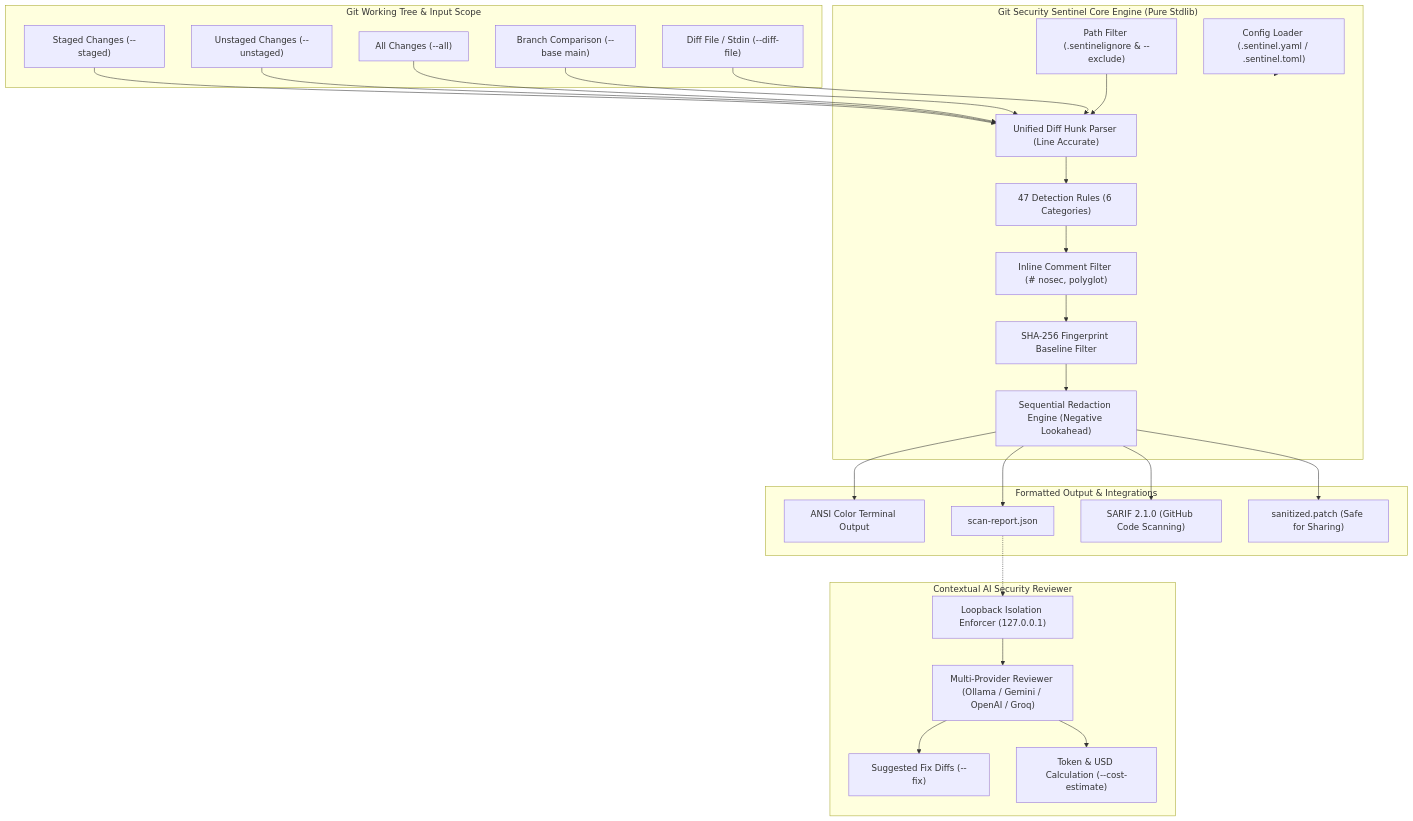
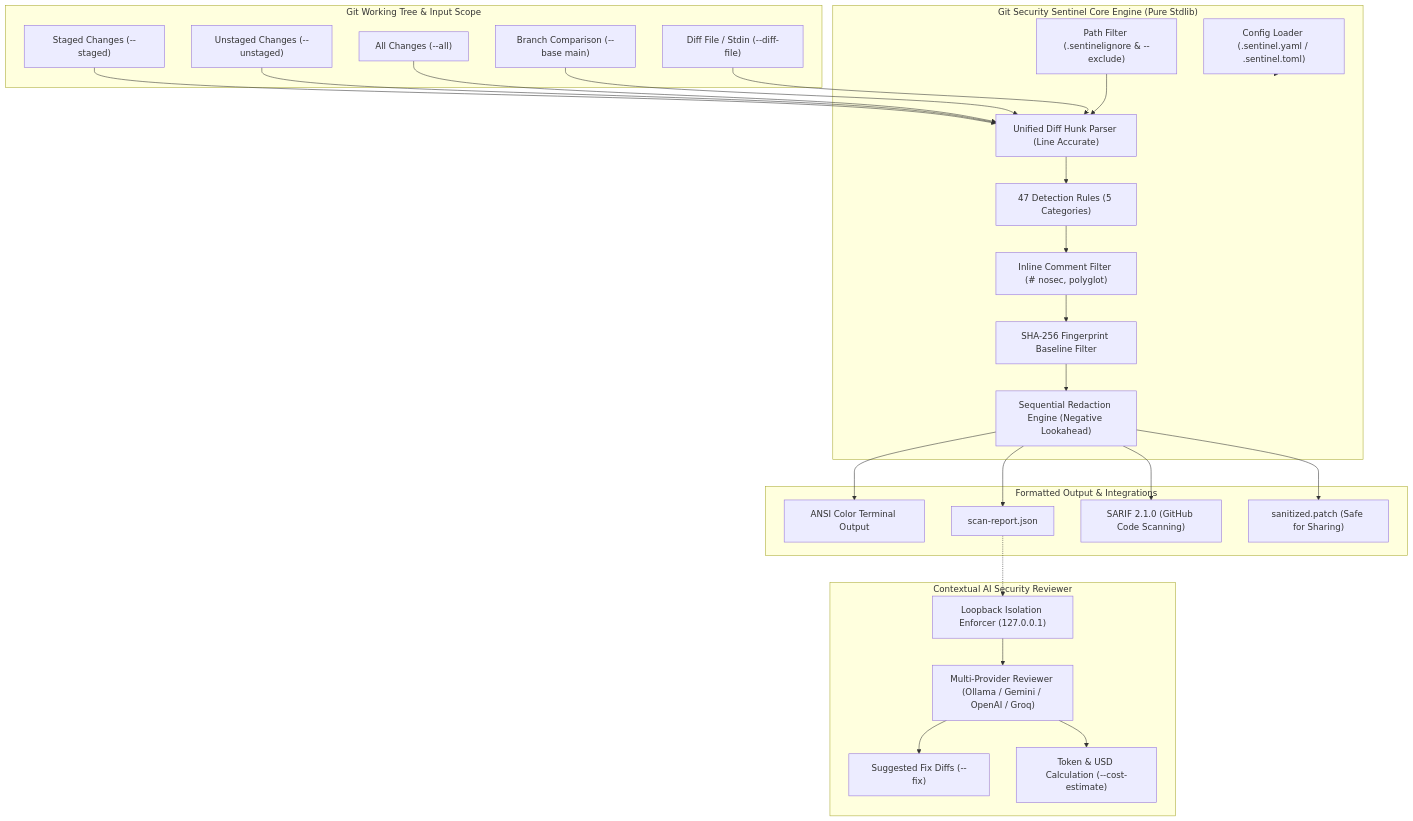
The diagram in README.md (INSVikrant54/Git-Security-Sentinel), drawn with Mermaid before and after one commit. The commit also changed other lines of this file and 11 other files, not shown here.

````diff
--- a/README.md
+++ b/README.md
@@ -40,57 +67,57 @@
 ```mermaid
 flowchart TD
     subgraph GitContext ["Git Working Tree & Input Scope"]
         Staged["Staged Changes (--staged)"]
         Unstaged["Unstaged Changes (--unstaged)"]
         All["All Changes (--all)"]
         BaseBranch["Branch Comparison (--base main)"]
         DiffStream["Diff File / Stdin (--diff-file)"]
     end
 
     subgraph ScannerCore ["Git Security Sentinel Core Engine (Pure Stdlib)"]
         DiffParser["Unified Diff Hunk Parser (Line Accurate)"]
         ConfigLoader["Config Loader (.sentinel.yaml / .sentinel.toml)"]
         PathFilter["Path Filter (.sentinelignore & --exclude)"]
-        RuleCatalog["47 Detection Rules (6 Categories)"]
+        RuleCatalog["47 Detection Rules (5 Categories)"]
         Suppression["Inline Comment Filter (# nosec, polyglot)"]
         Baseline["SHA-256 Fingerprint Baseline Filter"]
         Redactor["Sequential Redaction Engine (Negative Lookahead)"]
     end
 
     subgraph OutputTargets ["Formatted Output & Integrations"]
         Terminal["ANSI Color Terminal Output"]
         JSONReport["scan-report.json"]
         SARIFReport["SARIF 2.1.0 (GitHub Code Scanning)"]
         RedactedPatch["sanitized.patch (Safe for Sharing)"]
     end
 
     subgraph OptionalAI ["Contextual AI Security Reviewer"]
         LoopbackGuard["Loopback Isolation Enforcer (127.0.0.1)"]
         AIReviewer["Multi-Provider Reviewer (Ollama / Gemini / OpenAI / Groq)"]
         RemediationDiff["Suggested Fix Diffs (--fix)"]
         CostEstimate["Token & USD Calculation (--cost-estimate)"]
     end
 
     Staged --> DiffParser
     Unstaged --> DiffParser
     All --> DiffParser
     BaseBranch --> DiffParser
     DiffStream --> DiffParser
 
     ConfigLoader -.-> ScannerCore
     PathFilter --> DiffParser
     DiffParser --> RuleCatalog
     RuleCatalog --> Suppression
     Suppression --> Baseline
     Baseline --> Redactor
 
     Redactor --> Terminal
     Redactor --> JSONReport
     Redactor --> SARIFReport
     Redactor --> RedactedPatch
 
     JSONReport -.-> LoopbackGuard
     LoopbackGuard --> AIReviewer
     AIReviewer --> RemediationDiff
     AIReviewer --> CostEstimate
 ```
````
